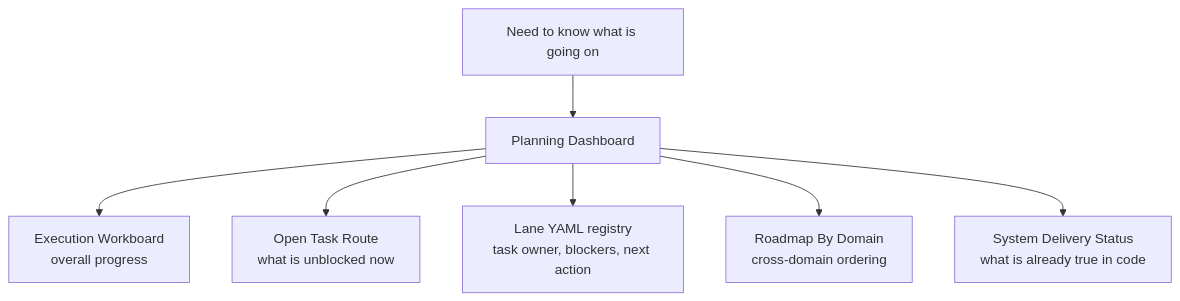
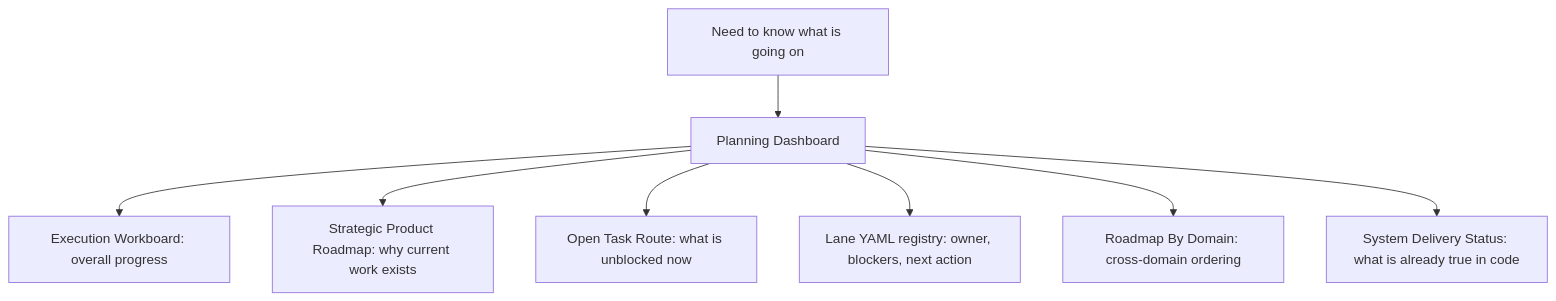
Before and after one commit to dunay2/dvt: the first of 2 diagrams in docs/planning/state/planning-dashboard.md, drawn with Mermaid. The commit also changed other lines of this file and 11 other files, not shown here.

Commit message:
docs(docs): Stabilize strategic roadmap surfaces

````diff
--- a/docs/planning/state/planning-dashboard.md
+++ b/docs/planning/state/planning-dashboard.md
@@ -42,9 +44,10 @@
 ```mermaid
 flowchart TD
-    Start[Need to know what is going on] --> Dash[Planning Dashboard]
-    Dash --> Board[Execution Workboard<br/>overall progress]
-    Dash --> Route[Open Task Route<br/>what is unblocked now]
-    Dash --> Lanes[Lane YAML registry<br/>task owner, blockers, next action]
-    Dash --> Roadmap[Roadmap By Domain<br/>cross-domain ordering]
-    Dash --> Status[System Delivery Status<br/>what is already true in code]
+    Start["Need to know what is going on"] --> Dash["Planning Dashboard"]
+    Dash --> Board["Execution Workboard: overall progress"]
+    Dash --> Strategy["Strategic Product Roadmap: why current work exists"]
+    Dash --> Route["Open Task Route: what is unblocked now"]
+    Dash --> Lanes["Lane YAML registry: owner, blockers, next action"]
+    Dash --> Roadmap["Roadmap By Domain: cross-domain ordering"]
+    Dash --> Status["System Delivery Status: what is already true in code"]
 ```
````
